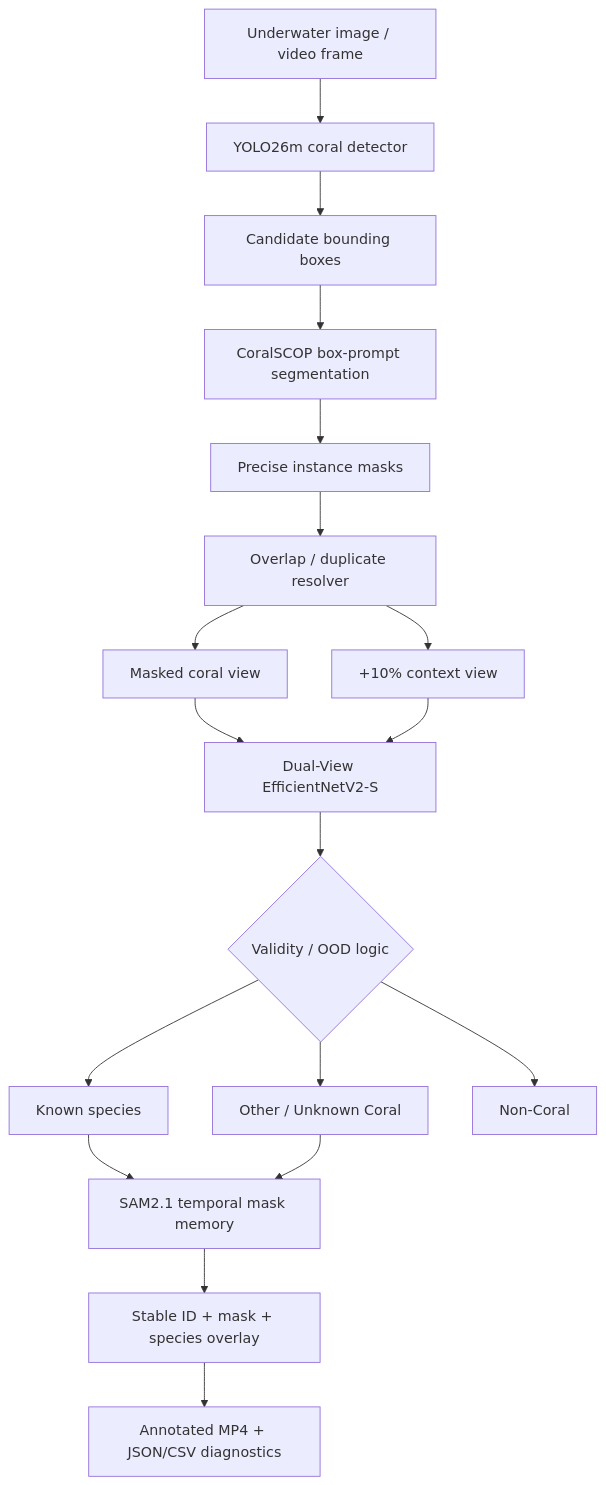
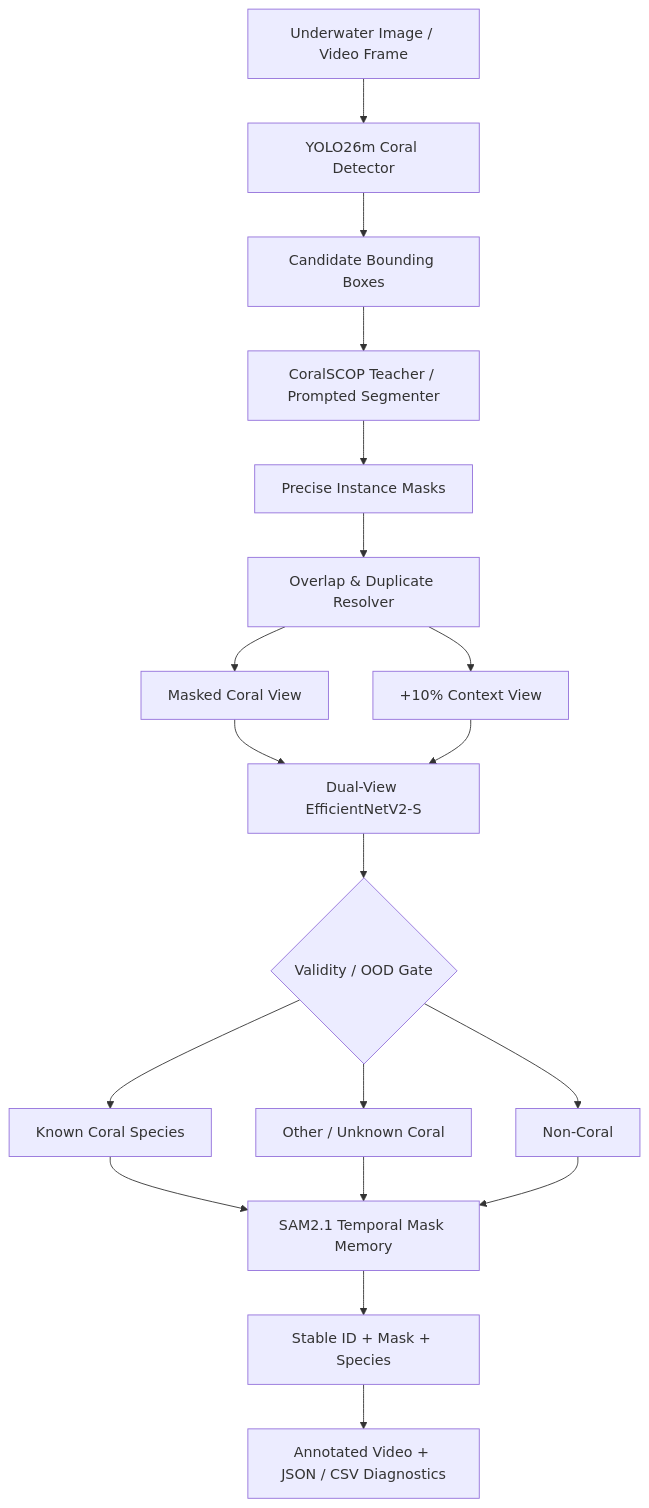
The first of 9 diagrams in README.md (abobakerkamel/CoralGuard-X), drawn with Mermaid before and after one commit. The commit also changed other lines of this file and 1 other file, not shown here.

````diff
--- a/README.md
+++ b/README.md
@@ -22,20 +49,21 @@
 ```mermaid
 flowchart TD
-    A[Underwater image / video frame] --> B[YOLO26m coral detector]
-    B --> C[Candidate bounding boxes]
-    C --> D[CoralSCOP box-prompt segmentation]
-    D --> E[Precise instance masks]
-    E --> F[Overlap / duplicate resolver]
-    F --> G1[Masked coral view]
-    F --> G2[+10% context view]
+    A[Underwater Image / Video Frame] --> B[YOLO26m Coral Detector]
+    B --> C[Candidate Bounding Boxes]
+    C --> D[CoralSCOP Teacher / Prompted Segmenter]
+    D --> E[Precise Instance Masks]
+    E --> F[Overlap & Duplicate Resolver]
+    F --> G1[Masked Coral View]
+    F --> G2[+10% Context View]
     G1 --> H[Dual-View EfficientNetV2-S]
     G2 --> H
-    H --> I{Validity / OOD logic}
-    I --> J[Known species]
+    H --> I{Validity / OOD Gate}
+    I --> J[Known Coral Species]
     I --> K[Other / Unknown Coral]
     I --> L[Non-Coral]
-    J --> M[SAM2.1 temporal mask memory]
+    J --> M[SAM2.1 Temporal Mask Memory]
     K --> M
-    M --> N[Stable ID + mask + species overlay]
-    N --> O[Annotated MP4 + JSON/CSV diagnostics]
+    L --> M
+    M --> N[Stable ID + Mask + Species]
+    N --> O[Annotated Video + JSON / CSV Diagnostics]
 ```
````
